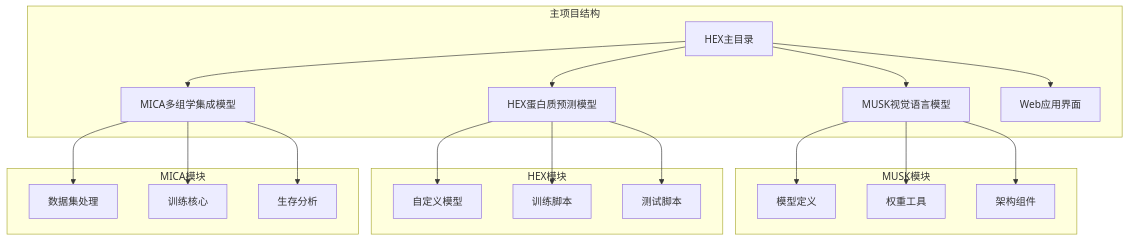
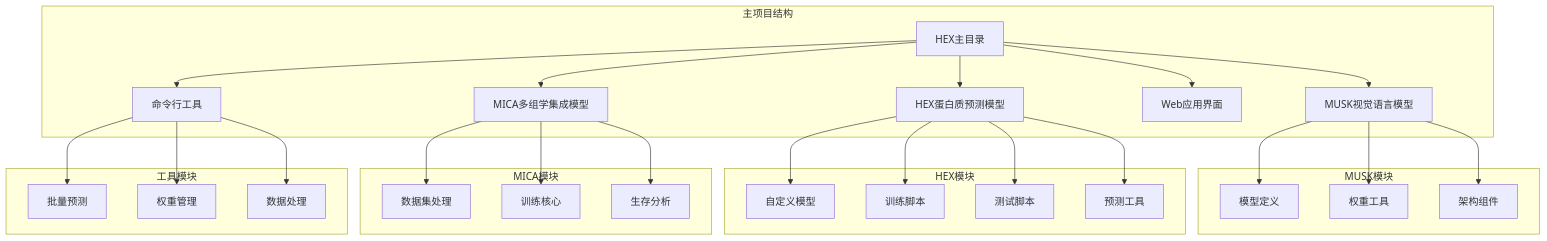
The first of 10 diagrams in .qoder/repowiki/zh/content/HEX模型架构/增强的模型加载与权重管理.md (acproject/HEX), drawn with Mermaid before and after one commit. The commit also changed other lines of this file and 7 other files, not shown here.

````diff
--- a/.qoder/repowiki/zh/content/HEX模型架构/增强的模型加载与权重管理.md
+++ b/.qoder/repowiki/zh/content/HEX模型架构/增强的模型加载与权重管理.md
@@ -49,24 +61,31 @@
 ```mermaid
 graph TB
 subgraph "主项目结构"
 A[HEX主目录] --> B[MUSK视觉语言模型]
 A --> C[HEX蛋白质预测模型]
 A --> D[MICA多组学集成模型]
 A --> E[Web应用界面]
+A --> F[命令行工具]
 end
 subgraph "MUSK模块"
 B --> B1[模型定义]
 B --> B2[权重工具]
 B --> B3[架构组件]
 end
 subgraph "HEX模块"
 C --> C1[自定义模型]
 C --> C2[训练脚本]
 C --> C3[测试脚本]
+C --> C4[预测工具]
 end
 subgraph "MICA模块"
 D --> D1[数据集处理]
 D --> D2[训练核心]
 D --> D3[生存分析]
 end
+subgraph "工具模块"
+F --> F1[批量预测]
+F --> F2[权重管理]
+F --> F3[数据处理]
+end
 ```
````
